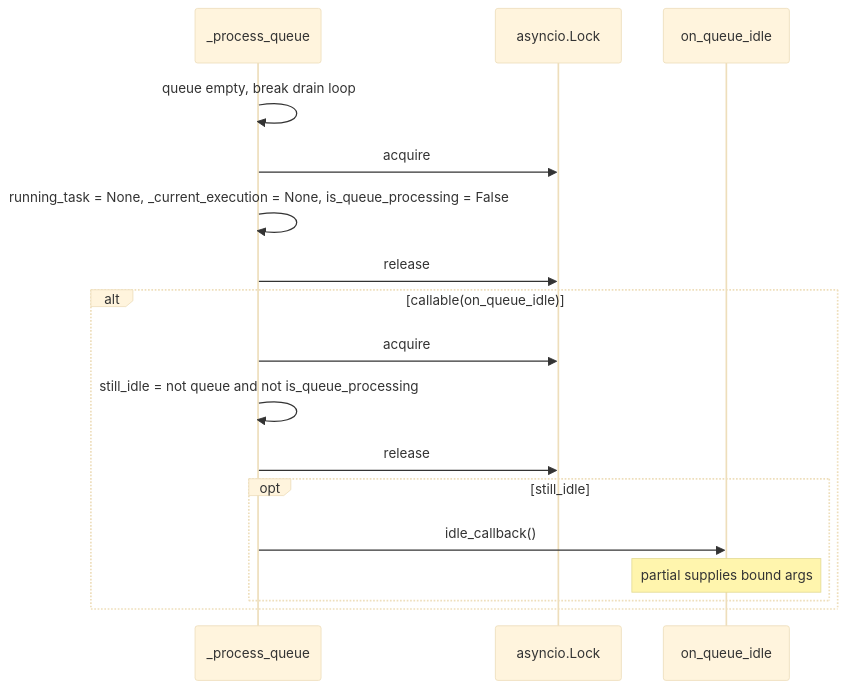
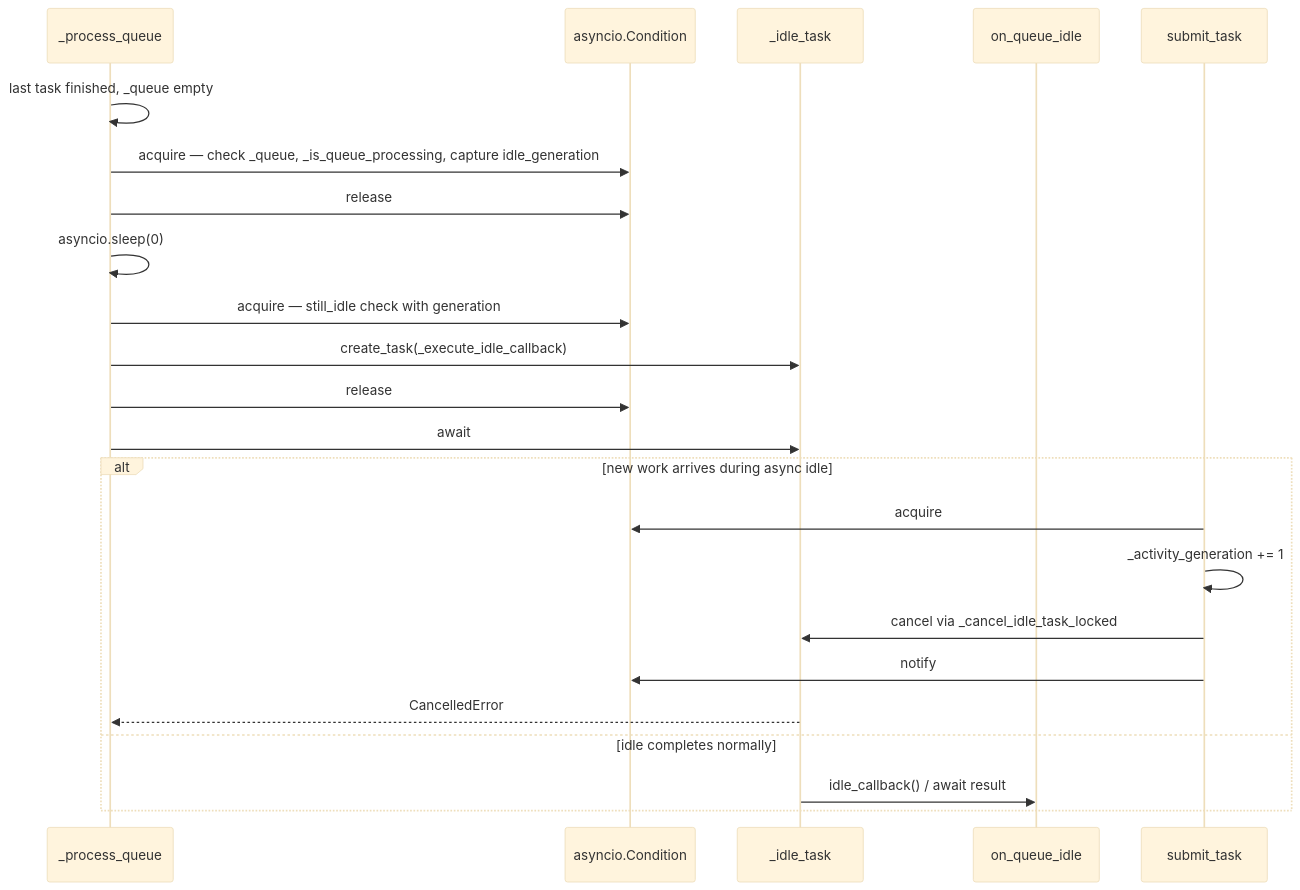
Before and after one commit to scoville/test_filter_queue: the sixth of 9 diagrams in .cursor/plans/system_architecture_workflow_b2d79ca7.plan.md, drawn with Mermaid (base theme). The commit also changed other lines of this file and 2 other files, not shown here.

````diff
--- a/.cursor/plans/system_architecture_workflow_b2d79ca7.plan.md
+++ b/.cursor/plans/system_architecture_workflow_b2d79ca7.plan.md
@@ -231,21 +271,27 @@
 ```mermaid
 sequenceDiagram
     participant Process as _process_queue
-    participant Lock as asyncio.Lock
+    participant CV as asyncio.Condition
+    participant IdleTask as _idle_task
     participant Hook as on_queue_idle
+    participant Submit as submit_task
 
-    Process->>Process: queue empty, break drain loop
-    Process->>Lock: acquire
-    Process->>Process: running_task = None, _current_execution = None, is_queue_processing = False
-    Process->>Lock: release
+    Process->>Process: last task finished, _queue empty
+    Process->>CV: acquire — check _queue, _is_queue_processing, capture idle_generation
+    Process->>CV: release
+    Process->>Process: asyncio.sleep(0)
+    Process->>CV: acquire — still_idle check with generation
+    Process->>IdleTask: create_task(_execute_idle_callback)
+    Process->>CV: release
+    Process->>IdleTask: await
 
-    alt callable(on_queue_idle)
-        Process->>Lock: acquire
-        Process->>Process: still_idle = not queue and not is_queue_processing
-        Process->>Lock: release
-        opt still_idle
-            Process->>Hook: idle_callback()
-            Note over Hook: partial supplies bound args
-        end
+  alt new work arrives during async idle
+        Submit->>CV: acquire
+        Submit->>Submit: _activity_generation += 1
+        Submit->>IdleTask: cancel via _cancel_idle_task_locked
+        Submit->>CV: notify
+        IdleTask-->>Process: CancelledError
+    else idle completes normally
+        IdleTask->>Hook: idle_callback() / await result
     end
 ```
````
